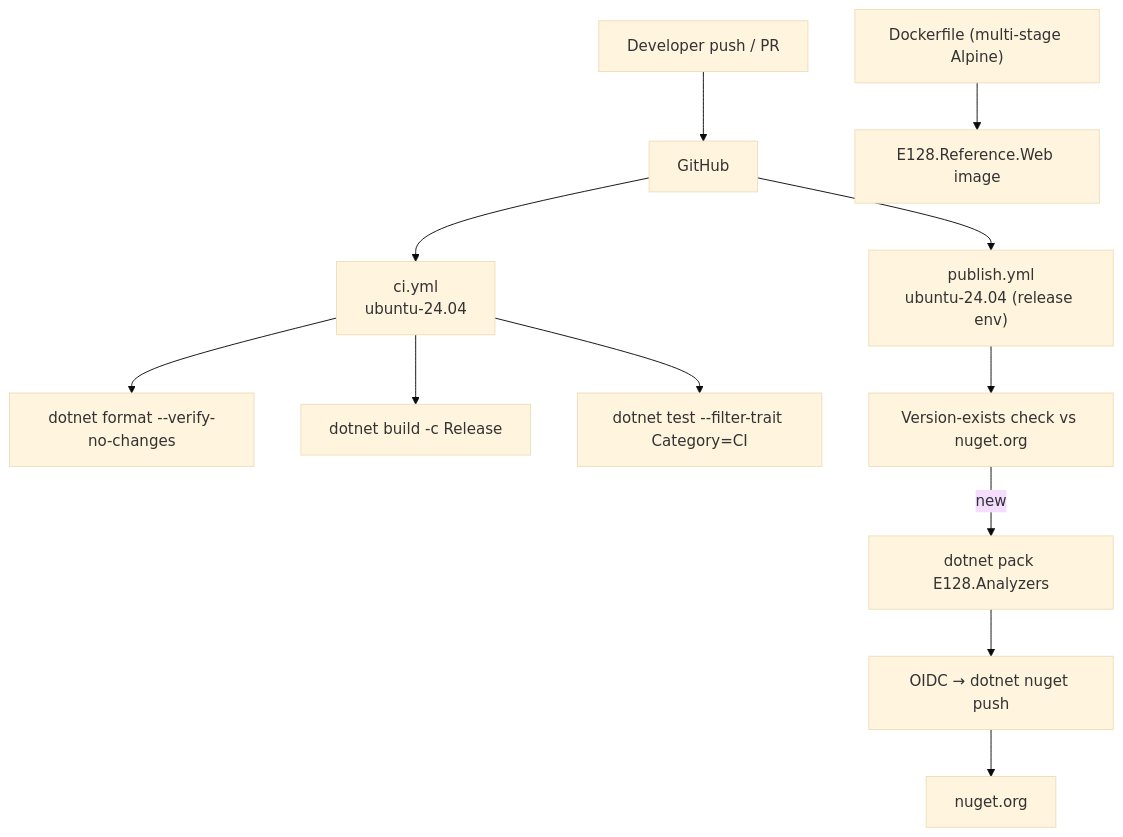
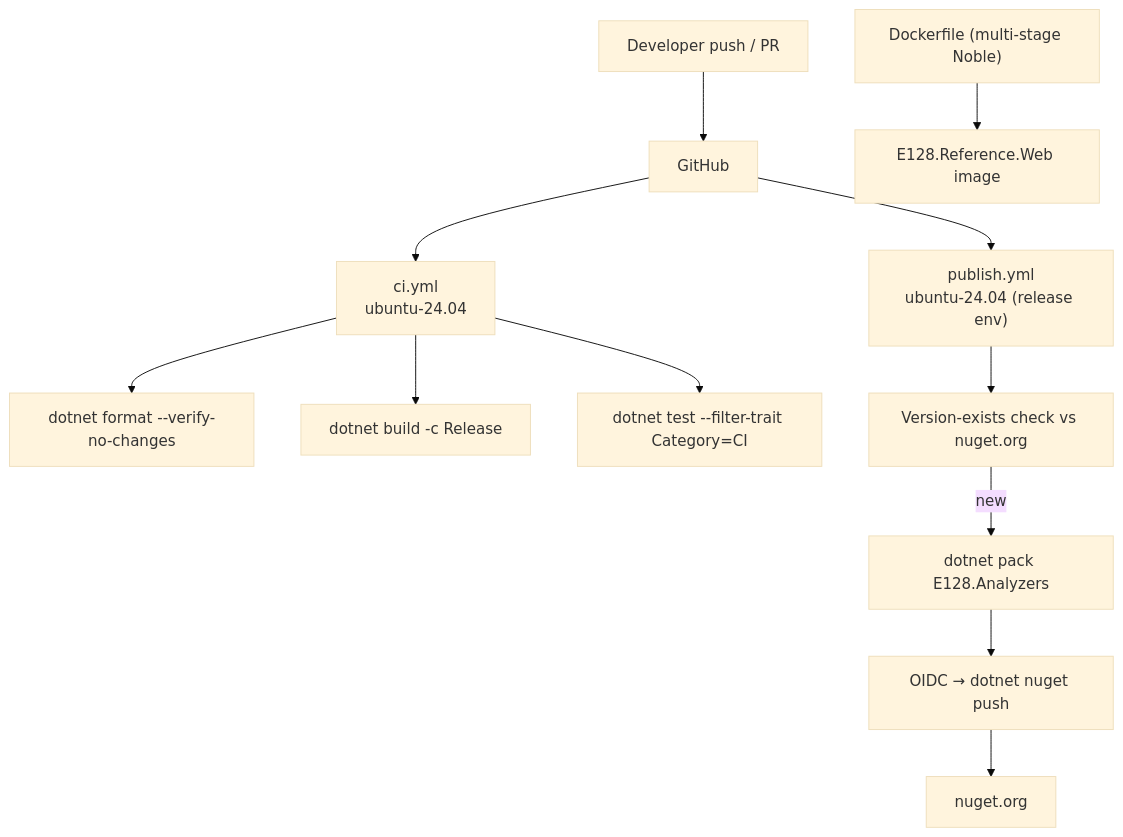
One commit to e128/dotnet-reference changed the first of 2 diagrams in docs/architecture/deployment.md. Above: the diagram before and after it, drawn with Mermaid (base theme). The commit also changed other lines of this file and 30 other files, not shown here.

````diff
--- a/docs/architecture/deployment.md
+++ b/docs/architecture/deployment.md
@@ -11,14 +11,14 @@
 ```mermaid
 graph TB
   dev["Developer push / PR"] --> gh["GitHub"]
   gh --> ci["ci.yml<br/>ubuntu-24.04"]
   gh --> pub["publish.yml<br/>ubuntu-24.04 (release env)"]
   ci --> fmt["dotnet format --verify-no-changes"]
   ci --> bld["dotnet build -c Release"]
   ci --> tst["dotnet test --filter-trait Category=CI"]
   pub --> gate["Version-exists check vs nuget.org"]
   gate -->|new| pack["dotnet pack E128.Analyzers"]
   pack --> push["OIDC → dotnet nuget push"]
   push --> ngorg["nuget.org"]
-  docker["Dockerfile (multi-stage Alpine)"] --> img["E128.Reference.Web image"]
+  docker["Dockerfile (multi-stage Noble)"] --> img["E128.Reference.Web image"]
 ```
````
